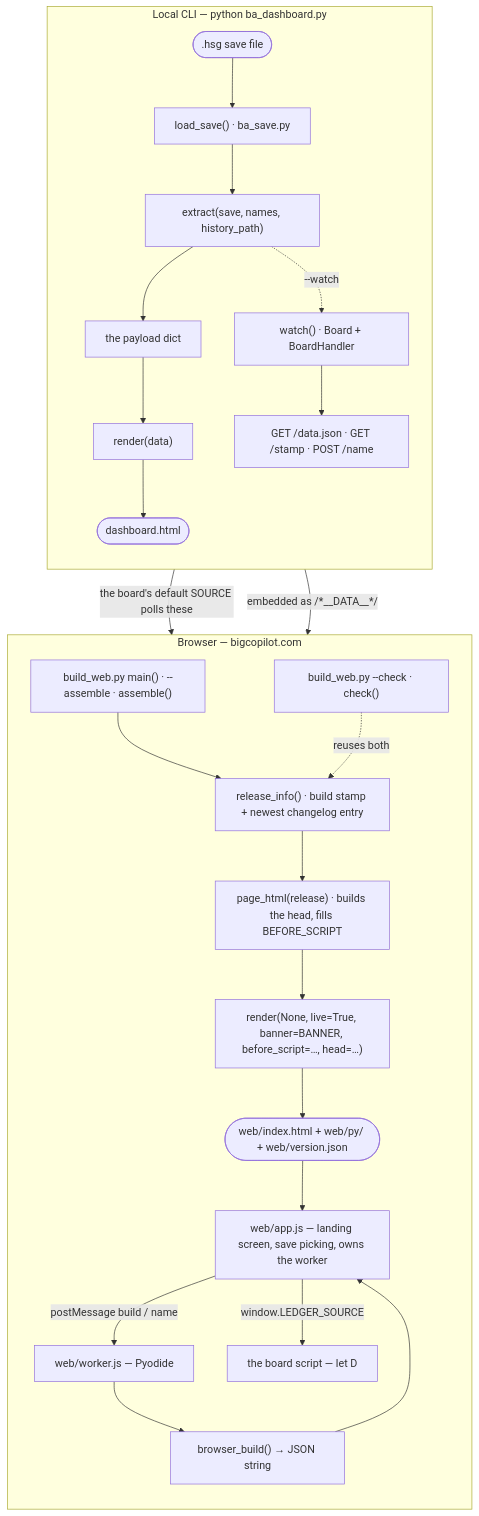
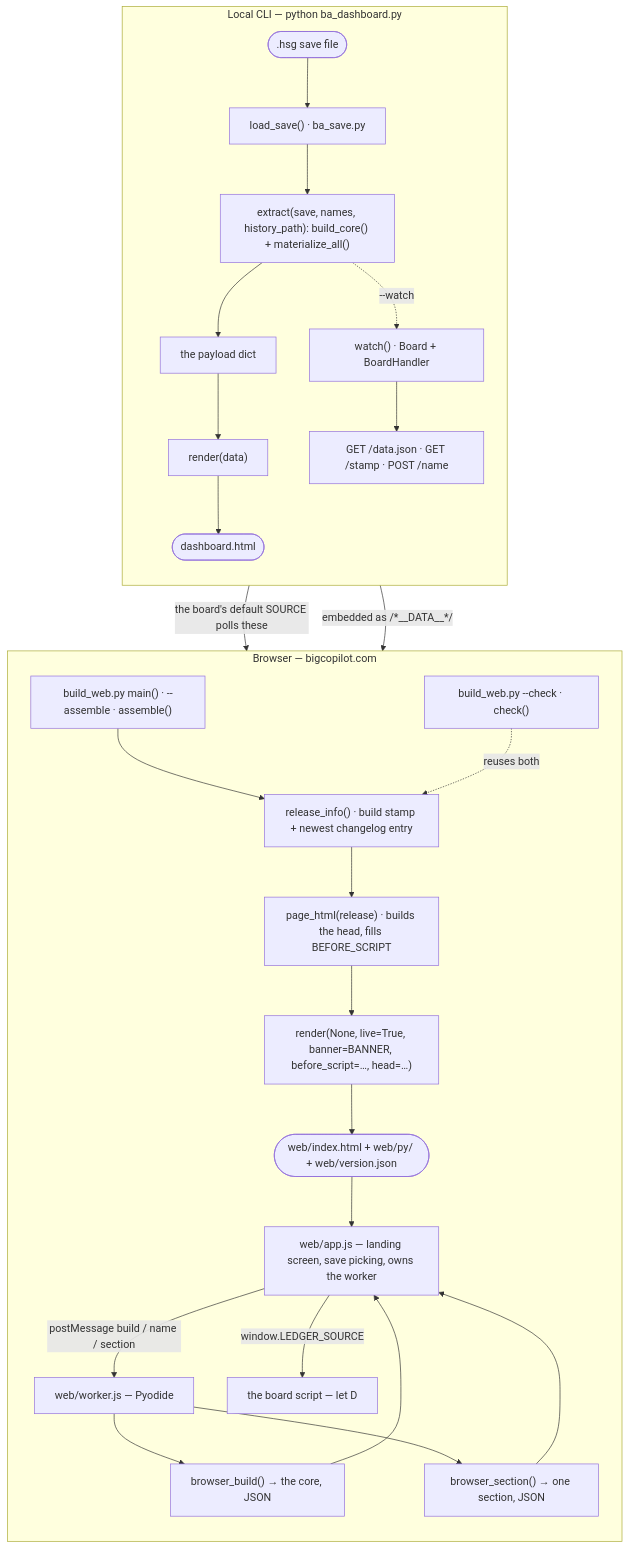
The diagram in docs/architecture.md (PeterHartwieg/big-copilot), drawn with Mermaid before and after one commit. The commit also changed other lines of this file and 35 other files, not shown here.

````diff
--- a/docs/architecture.md
+++ b/docs/architecture.md
@@ -13,32 +13,34 @@
 ```mermaid
 flowchart TD
   save([".hsg save file"])
 
   subgraph local["Local CLI — python ba_dashboard.py"]
     direction TB
     save --> load["load_save() · ba_save.py"]
-    load --> extract["extract(save, names, history_path)"]
+    load --> extract["extract(save, names, history_path): build_core() + materialize_all()"]
     extract --> payload["the payload dict"]
     payload --> renderL["render(data)"]
     renderL --> out(["dashboard.html"])
     extract -.->|"--watch"| watch["watch() · Board + BoardHandler"]
     watch --> routes["GET /data.json · GET /stamp · POST /name"]
   end
 
   subgraph web["Browser — bigcopilot.com"]
     direction TB
     bw["build_web.py main() · --assemble · assemble()"] --> ri["release_info() · build stamp + newest changelog entry"]
     ri --> ph["page_html(release) · builds the head, fills BEFORE_SCRIPT"]
     chk["build_web.py --check · check()"] -.->|"reuses both"| ri
     ph --> renderW["render(None, live=True, banner=BANNER, before_script=…, head=…)"]
     renderW --> index(["web/index.html + web/py/ + web/version.json"])
     index --> app["web/app.js — landing screen, save picking, owns the worker"]
-    app -->|"postMessage build / name"| wk["web/worker.js — Pyodide"]
-    wk --> bb["browser_build() → JSON string"]
+    app -->|"postMessage build / name / section"| wk["web/worker.js — Pyodide"]
+    wk --> bb["browser_build() → the core, JSON"]
+    wk --> bs["browser_section() → one section, JSON"]
     bb --> app
+    bs --> app
     app -->|"window.LEDGER_SOURCE"| board["the board script — let D"]
   end
 
   routes -->|"the board's default SOURCE polls these"| board
   payload -->|"embedded as /*__DATA__*/"| board
 ```
````
